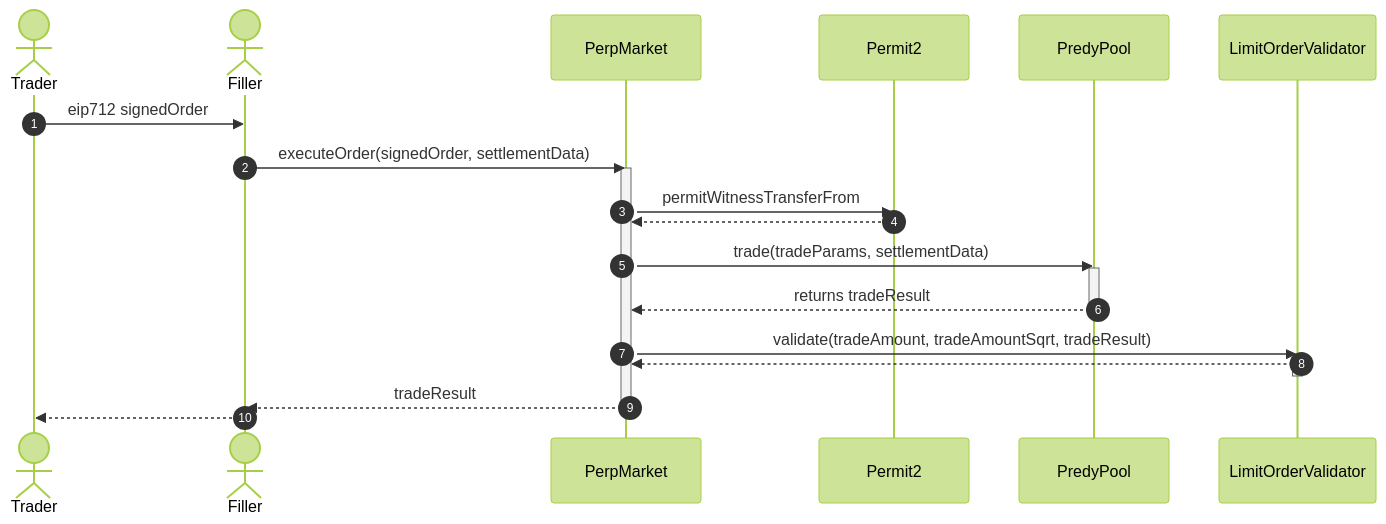
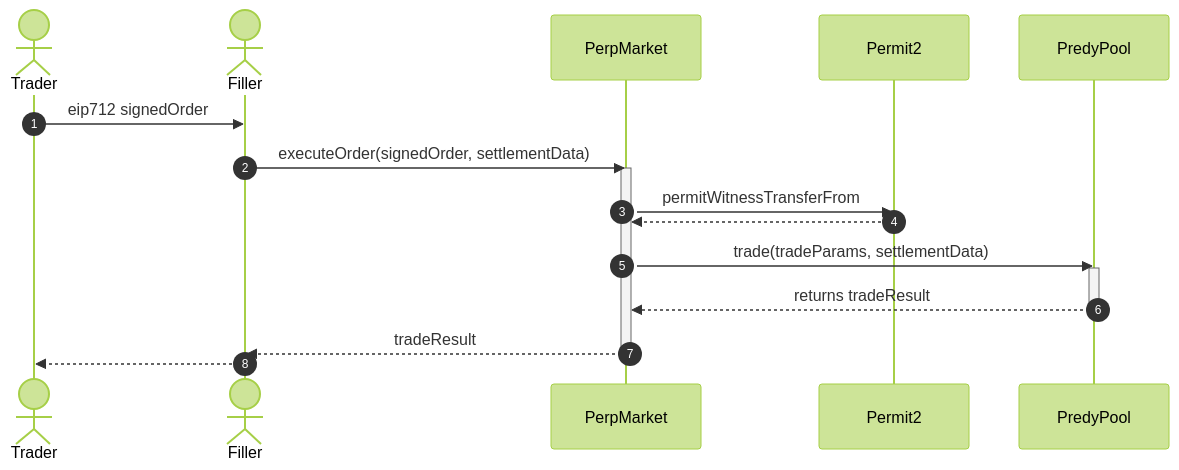
Before and after one commit to predyprotocol/predyx: the second of 3 diagrams in README.md, drawn with Mermaid (forest theme). The commit also changed other lines of this file, not shown here.

Commit message:
Update architecture overview

````diff
--- a/README.md
+++ b/README.md
@@ -66,22 +62,18 @@
 ```mermaid
 sequenceDiagram
 autonumber
   actor Trader
   actor Filler
   Trader->>Filler: eip712 signedOrder
   Filler->>PerpMarket: executeOrder(signedOrder, settlementData)
   activate PerpMarket
   PerpMarket->>Permit2: permitWitnessTransferFrom
   Permit2-->>PerpMarket: 
   PerpMarket->>PredyPool: trade(tradeParams, settlementData)
   activate PredyPool
   PredyPool-->>PerpMarket: returns tradeResult
   deactivate PredyPool
-  PerpMarket->>LimitOrderValidator: validate(tradeAmount, tradeAmountSqrt, tradeResult)
-  activate LimitOrderValidator
-  LimitOrderValidator-->>PerpMarket: 
-  deactivate LimitOrderValidator
   PerpMarket-->>Filler: tradeResult
   deactivate PerpMarket
   Filler-->>Trader: 
 ```
````
